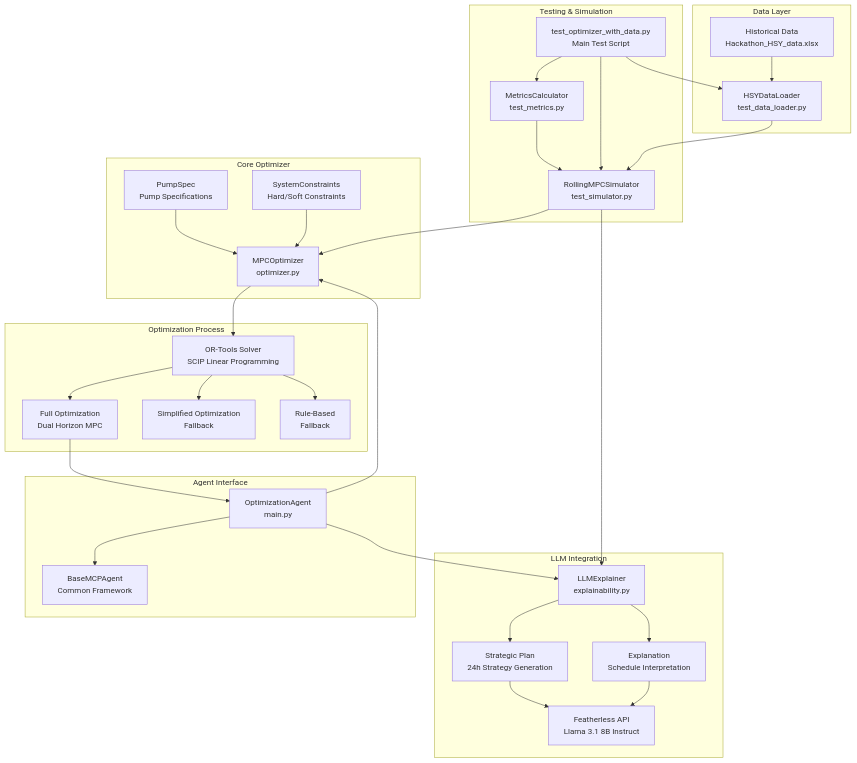
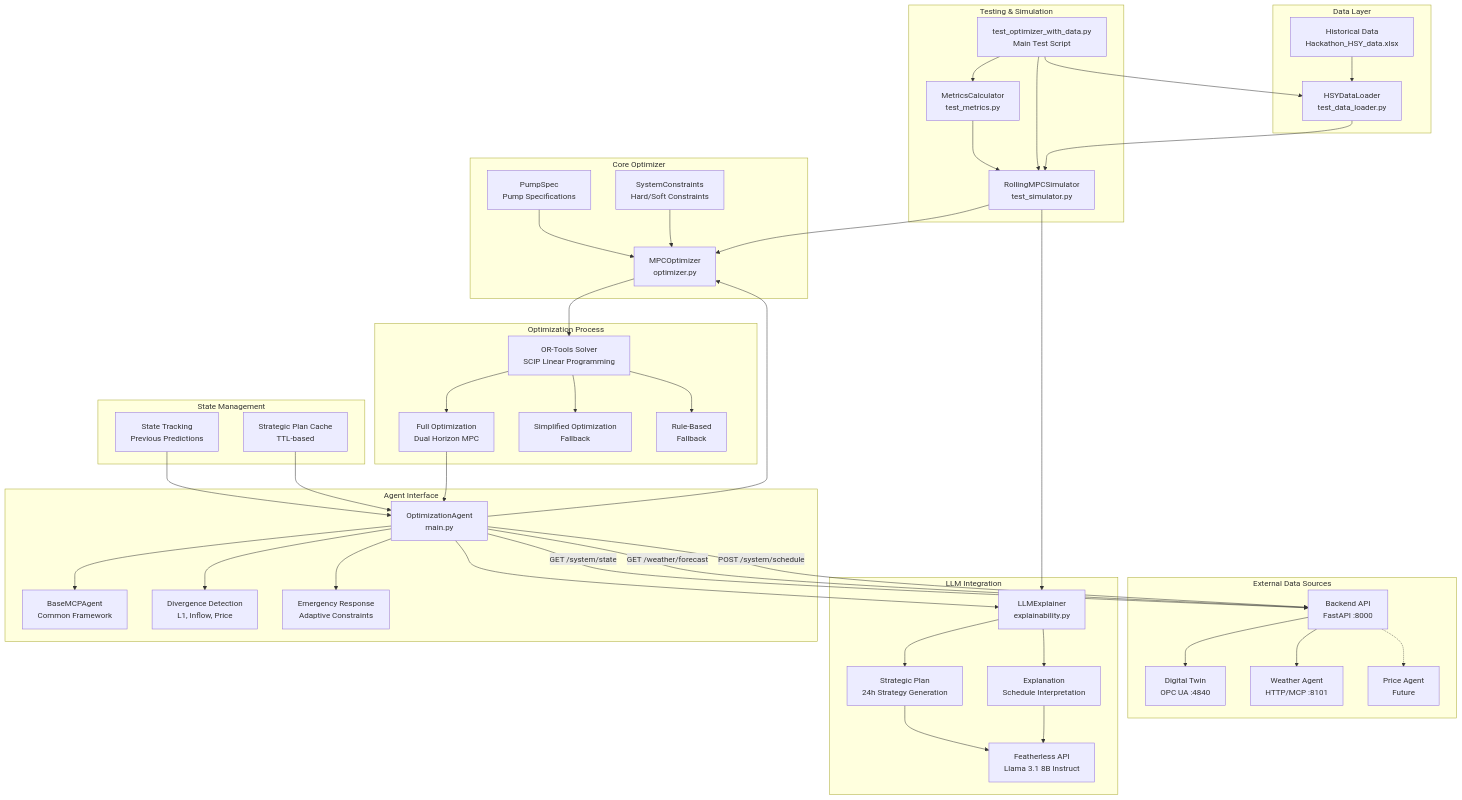
One commit to alexha11/Junction-2025 changed the first of 12 diagrams in agents/optimizer_agent/ARCHITECTURE.md. Above: the diagram before and after it, drawn with Mermaid. The commit also changed other lines of this file and 36 other files, not shown here.

````diff
--- a/agents/optimizer_agent/ARCHITECTURE.md
+++ b/agents/optimizer_agent/ARCHITECTURE.md
@@ -5,5 +5,15 @@
 ```mermaid
 graph TB
+    subgraph "External Data Sources"
+        BACKEND[Backend API<br/>FastAPI :8000]
+        DIGITALTWIN[Digital Twin<br/>OPC UA :4840]
+        WEATHER[Weather Agent<br/>HTTP/MCP :8101]
+        PRICE[Price Agent<br/>Future]
+        BACKEND --> DIGITALTWIN
+        BACKEND --> WEATHER
+        BACKEND -.-> PRICE
+    end
+
     subgraph "Data Layer"
         DATA[Historical Data<br/>Hackathon_HSY_data.xlsx]
         LOADER[HSYDataLoader<br/>test_data_loader.py]
@@ -43,9 +53,20 @@
     subgraph "Agent Interface"
         AGENT[OptimizationAgent<br/>main.py]
         MCP[BaseMCPAgent<br/>Common Framework]
+        DIVERGENCE[Divergence Detection<br/>L1, Inflow, Price]
+        EMERGENCY[Emergency Response<br/>Adaptive Constraints]
         AGENT --> MCP
         AGENT --> OPT
         AGENT --> EXPLAINER
+        AGENT --> DIVERGENCE
+        AGENT --> EMERGENCY
+    end
+
+    subgraph "State Management"
+        STATETRACK[State Tracking<br/>Previous Predictions]
+        CACHE[Strategic Plan Cache<br/>TTL-based]
+        STATETRACK --> AGENT
+        CACHE --> AGENT
     end
 
     subgraph "Testing & Simulation"
@@ -60,6 +81,9 @@
         TEST --> LOADER
     end
 
+    AGENT -->|GET /system/state| BACKEND
+    AGENT -->|GET /weather/forecast| BACKEND
+    AGENT -->|POST /system/schedule| BACKEND
     LOADER --> SIM
     FULL --> AGENT
 ```
````
